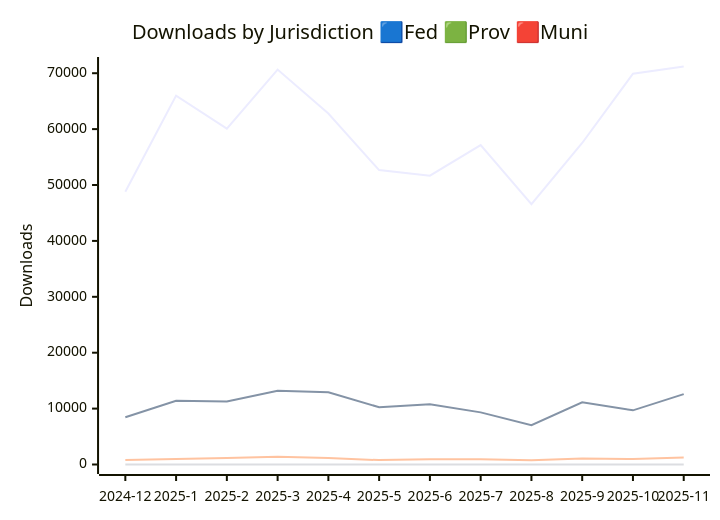
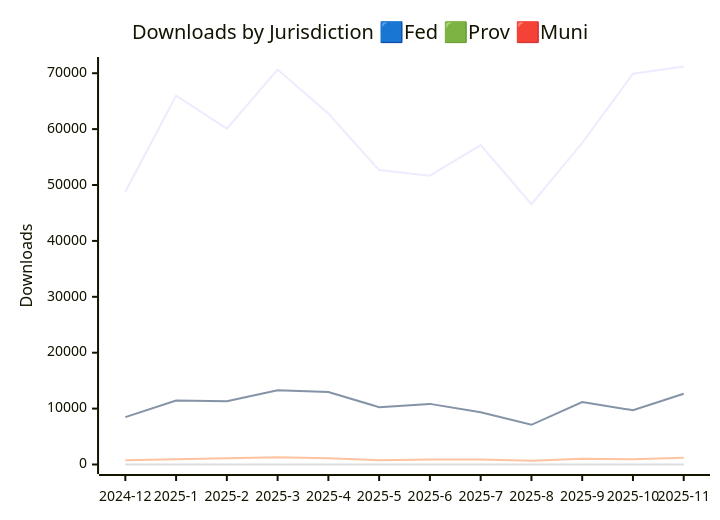
One commit to open-data/analytics-corporate-reporting changed the first of 3 diagrams in JURISDICTION_ANALYTICS_REPORT/readme.md. Above: the diagram before and after it, drawn with Mermaid. The commit also changed other lines of this file and 2 other files, not shown here.

````diff
--- a/JURISDICTION_ANALYTICS_REPORT/readme.md
+++ b/JURISDICTION_ANALYTICS_REPORT/readme.md
@@ -13,11 +13,11 @@
 ```mermaid
 
 xychart-beta
     title "Downloads by Jurisdiction 🟦Fed 🟩Prov 🟥Muni"
     x-axis [2024-12, 2025-1, 2025-2, 2025-3, 2025-4, 2025-5, 2025-6, 2025-7, 2025-8, 2025-9, 2025-10, 2025-11]
     y-axis "Downloads" 0 --> 71202
     line [48788, 66000, 60078, 70649, 62779, 52667, 51662, 57147, 46584, 57516, 69913, 71192]
-    line [8445, 11402, 11263, 13176, 12910, 10239, 10798, 9326, 7048, 11137, 9688, 12590]
-    line [791, 983, 1143, 1376, 1157, 783, 946, 932, 740, 1066, 972, 1252]
+    line [8477, 11431, 11305, 13263, 12953, 10255, 10844, 9362, 7102, 11179, 9712, 12653]
+    line [759, 954, 1101, 1289, 1114, 767, 900, 896, 686, 1024, 948, 1189]
     line [0, 0, 0, 0, 0, 0, 0, 0, 0, 0, 3, 2]
 ```
````
